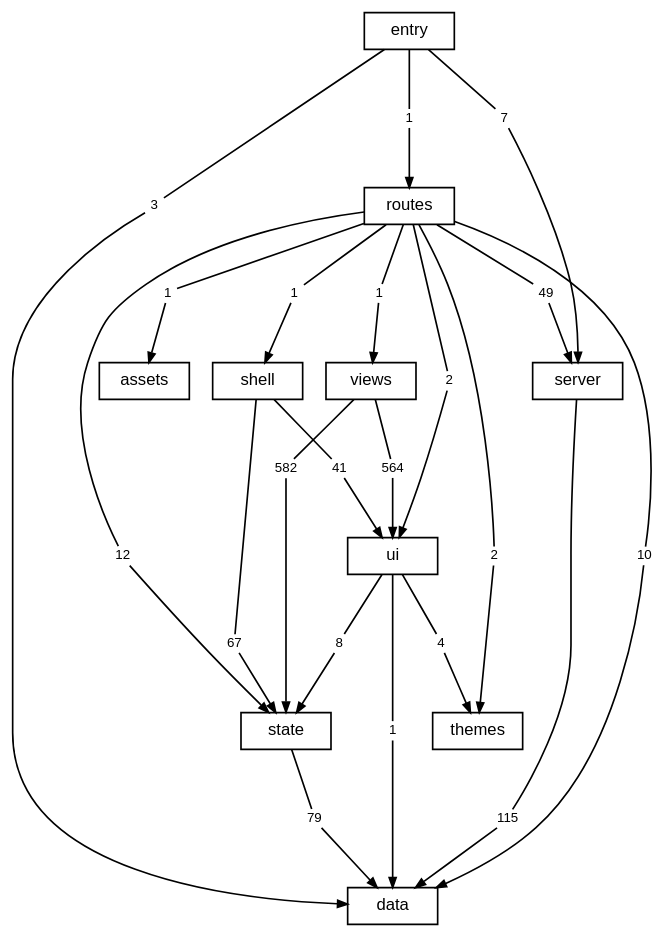
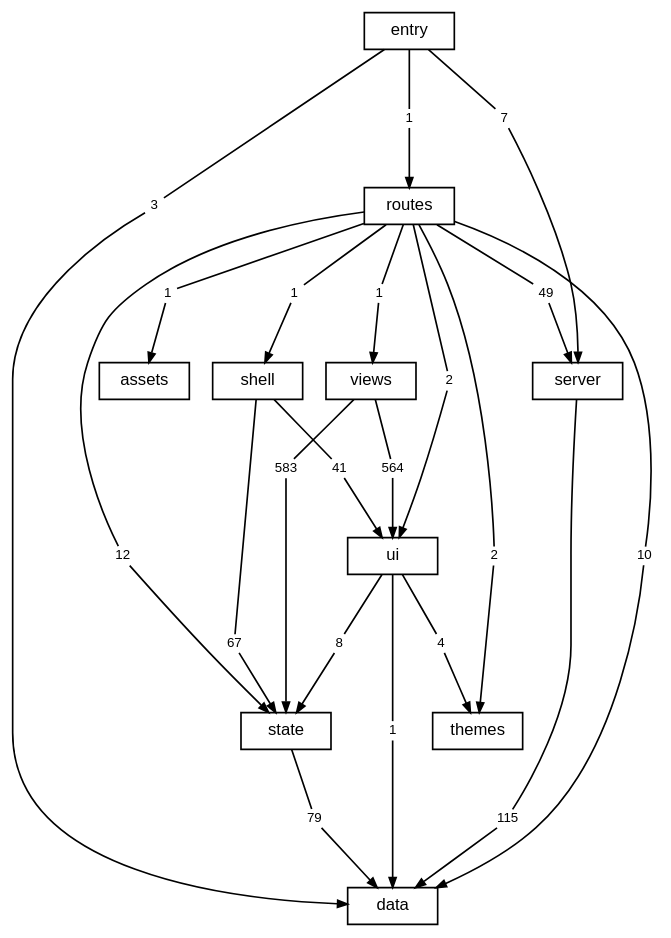
Before and after one commit to TheAxeC/oculus: the diagram in docs/diagrams/layers.dot, drawn with Graphviz. The commit also changed 21 other files, not shown here.

```diff
--- a/docs/diagrams/layers.dot
+++ b/docs/diagrams/layers.dot
@@ -1,75 +1,75 @@
 digraph layers {
     graph [bgcolor="transparent", rankdir=TB, newrank=true, fontname="Helvetica,Arial,sans-serif", fontsize=12, nodesep=0.2, ranksep=0.5];
     node [shape=box, color="black", fontcolor="black", fontname="Helvetica,Arial,sans-serif", fontsize=10, height=0.3, margin="0.12,0.04"];
     edge [color="black", fontcolor="black", fontname="Helvetica,Arial,sans-serif", fontsize=8, arrowsize=0.6];
     "data";
     "server";
     "state";
     "ui";
     "shell";
     "views";
     "themes";
     "routes";
     "src" [label="entry"];
     "files: assets" [label="assets"];
     "routes to data" [label="10", shape=box, color="transparent", fontsize=8, width=0, height=0, margin="0.04,0.02"];
     "routes" -> "routes to data" [arrowhead=none];
     "routes to data" -> "data" [];
     "routes to files: assets" [label="1", shape=box, color="transparent", fontsize=8, width=0, height=0, margin="0.04,0.02"];
     "routes" -> "routes to files: assets" [arrowhead=none];
     "routes to files: assets" -> "files: assets" [];
     "routes to server" [label="49", shape=box, color="transparent", fontsize=8, width=0, height=0, margin="0.04,0.02"];
     "routes" -> "routes to server" [arrowhead=none];
     "routes to server" -> "server" [];
     "routes to shell" [label="1", shape=box, color="transparent", fontsize=8, width=0, height=0, margin="0.04,0.02"];
     "routes" -> "routes to shell" [arrowhead=none];
     "routes to shell" -> "shell" [];
     "routes to state" [label="12", shape=box, color="transparent", fontsize=8, width=0, height=0, margin="0.04,0.02"];
     "routes" -> "routes to state" [arrowhead=none];
     "routes to state" -> "state" [];
     "routes to themes" [label="2", shape=box, color="transparent", fontsize=8, width=0, height=0, margin="0.04,0.02"];
     "routes" -> "routes to themes" [arrowhead=none];
     "routes to themes" -> "themes" [];
     "routes to ui" [label="2", shape=box, color="transparent", fontsize=8, width=0, height=0, margin="0.04,0.02"];
     "routes" -> "routes to ui" [arrowhead=none];
     "routes to ui" -> "ui" [];
     "routes to views" [label="1", shape=box, color="transparent", fontsize=8, width=0, height=0, margin="0.04,0.02"];
     "routes" -> "routes to views" [arrowhead=none];
     "routes to views" -> "views" [];
     "server to data" [label="115", shape=box, color="transparent", fontsize=8, width=0, height=0, margin="0.04,0.02"];
     "server" -> "server to data" [arrowhead=none];
     "server to data" -> "data" [];
     "shell to state" [label="67", shape=box, color="transparent", fontsize=8, width=0, height=0, margin="0.04,0.02"];
     "shell" -> "shell to state" [arrowhead=none];
     "shell to state" -> "state" [];
     "shell to ui" [label="41", shape=box, color="transparent", fontsize=8, width=0, height=0, margin="0.04,0.02"];
     "shell" -> "shell to ui" [arrowhead=none];
     "shell to ui" -> "ui" [];
     "src to data" [label="3", shape=box, color="transparent", fontsize=8, width=0, height=0, margin="0.04,0.02"];
     "src" -> "src to data" [arrowhead=none];
     "src to data" -> "data" [];
     "src to routes" [label="1", shape=box, color="transparent", fontsize=8, width=0, height=0, margin="0.04,0.02"];
     "src" -> "src to routes" [arrowhead=none];
     "src to routes" -> "routes" [];
     "src to server" [label="7", shape=box, color="transparent", fontsize=8, width=0, height=0, margin="0.04,0.02"];
     "src" -> "src to server" [arrowhead=none];
     "src to server" -> "server" [];
     "state to data" [label="79", shape=box, color="transparent", fontsize=8, width=0, height=0, margin="0.04,0.02"];
     "state" -> "state to data" [arrowhead=none];
     "state to data" -> "data" [];
     "ui to data" [label="1", shape=box, color="transparent", fontsize=8, width=0, height=0, margin="0.04,0.02"];
     "ui" -> "ui to data" [arrowhead=none];
     "ui to data" -> "data" [];
     "ui to state" [label="8", shape=box, color="transparent", fontsize=8, width=0, height=0, margin="0.04,0.02"];
     "ui" -> "ui to state" [arrowhead=none];
     "ui to state" -> "state" [];
     "ui to themes" [label="4", shape=box, color="transparent", fontsize=8, width=0, height=0, margin="0.04,0.02"];
     "ui" -> "ui to themes" [arrowhead=none];
     "ui to themes" -> "themes" [];
-    "views to state" [label="582", shape=box, color="transparent", fontsize=8, width=0, height=0, margin="0.04,0.02"];
+    "views to state" [label="583", shape=box, color="transparent", fontsize=8, width=0, height=0, margin="0.04,0.02"];
     "views" -> "views to state" [arrowhead=none];
     "views to state" -> "state" [];
     "views to ui" [label="564", shape=box, color="transparent", fontsize=8, width=0, height=0, margin="0.04,0.02"];
     "views" -> "views to ui" [arrowhead=none];
     "views to ui" -> "ui" [];
 }
```
